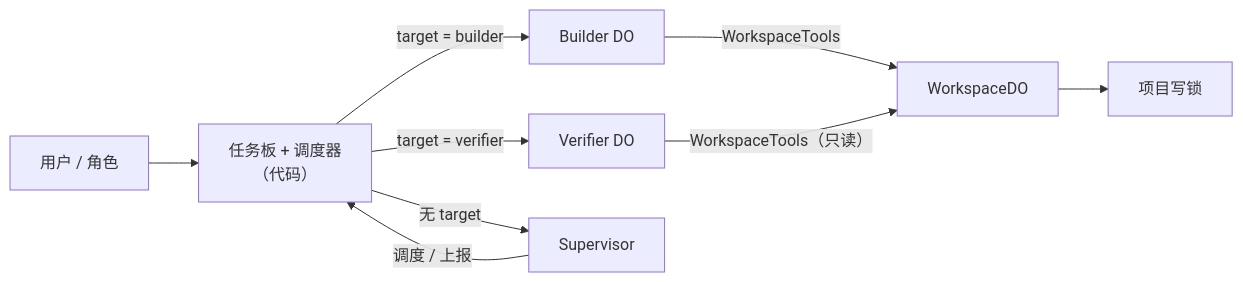
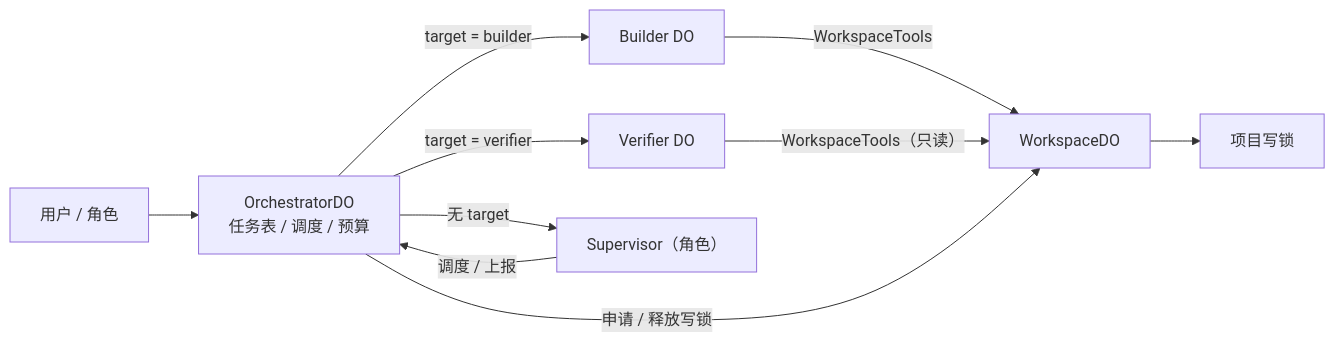
Before and after one commit to fengyj/atoms-lite: the sixth of 6 diagrams in docs/architecture/system-architecture.md, drawn with Mermaid. The commit also changed other lines of this file and 1 other file, not shown here.

Commit message:
docs: clarify WebSocket transport and OrchestratorDO placement

````diff
--- a/docs/architecture/system-architecture.md
+++ b/docs/architecture/system-architecture.md
@@ -223,11 +223,12 @@
 ```mermaid
 flowchart LR
-  user["用户 / 角色"] --> board["任务板 + 调度器<br/>（代码）"]
-  board -->|"target = builder"| b["Builder DO"]
-  board -->|"target = verifier"| v["Verifier DO"]
-  board -->|"无 target"| sup["Supervisor"]
+  user["用户 / 角色"] --> orch["OrchestratorDO<br/>任务表 / 调度 / 预算"]
+  orch -->|"target = builder"| b["Builder DO"]
+  orch -->|"target = verifier"| v["Verifier DO"]
+  orch -->|"无 target"| sup["Supervisor（角色）"]
   b -->|"WorkspaceTools"| ws["WorkspaceDO"]
   v -->|"WorkspaceTools（只读）"| ws
-  sup -->|"调度 / 上报"| board
+  sup -->|"调度 / 上报"| orch
+  orch -->|"申请 / 释放写锁"| ws
   ws --> lock["项目写锁"]
 ```
````
